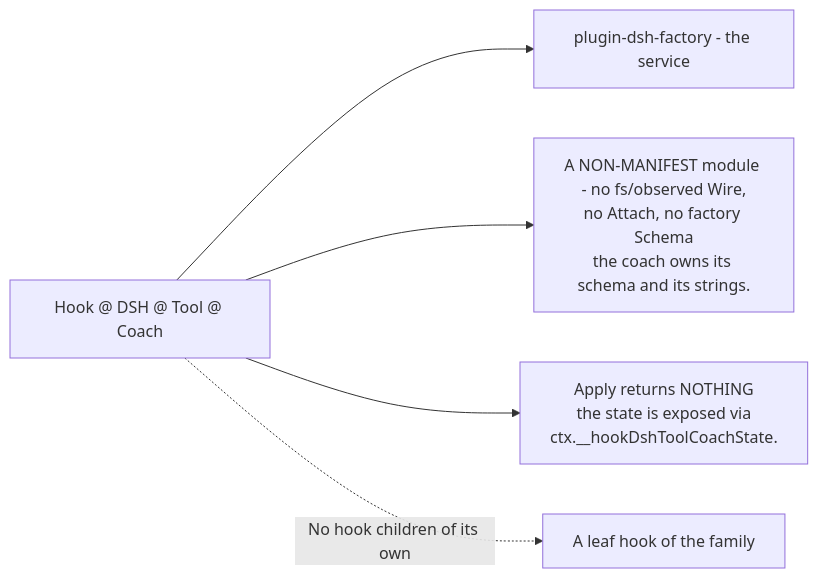
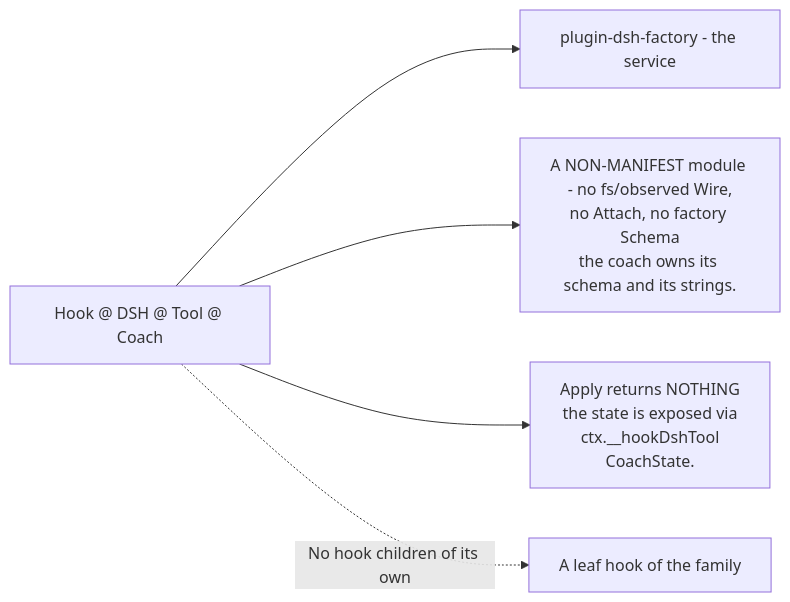
Before and after one commit to PlayForm/Site-DeepSeek: the diagram in Source/Content/Mermaid/coach-family-position.mmd, drawn with Mermaid. The commit also changed 3 other files, not shown here.

First line of the commit message:
chore(site): wrap hook coach state label in coach-family-position diagram

```diff
--- a/Source/Content/Mermaid/coach-family-position.mmd
+++ b/Source/Content/Mermaid/coach-family-position.mmd
@@ -1,5 +1,5 @@
 flowchart LR
 	COACH["Hook @ DSH @ Tool @ Coach"] --> FACTORY["plugin-dsh-factory - the service"]
 	COACH --> NON["A NON-MANIFEST module - no fs/observed Wire,<br/>no Attach, no factory Schema<br/>the coach owns its schema and its strings."]
-	COACH --> STATE["Apply returns NOTHING<br/>the state is exposed via<br/>ctx.__hookDshToolCoachState."]
+	COACH --> STATE["Apply returns NOTHING<br/>the state is exposed via<br/>ctx.__hookDshTool<br/>CoachState."]
 	COACH -. "No hook children of its own" .-> LEAF["A leaf hook of the family"]
```
